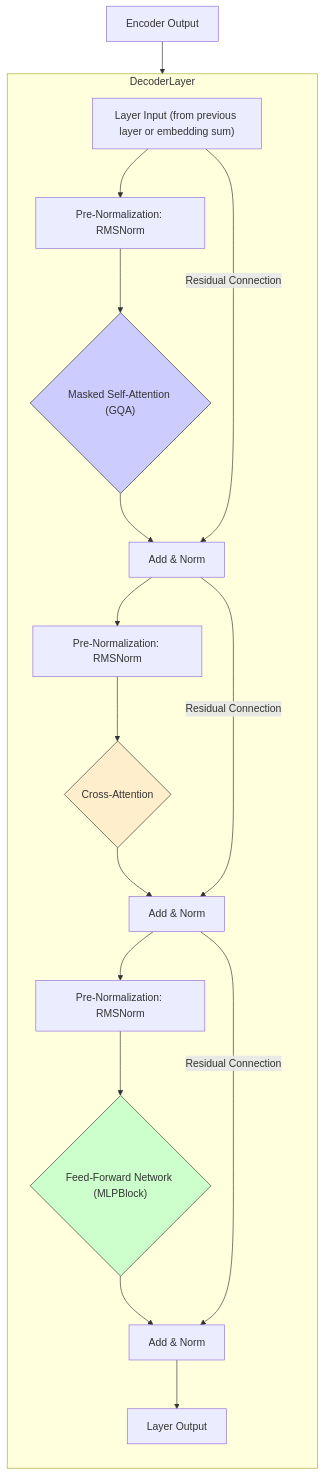
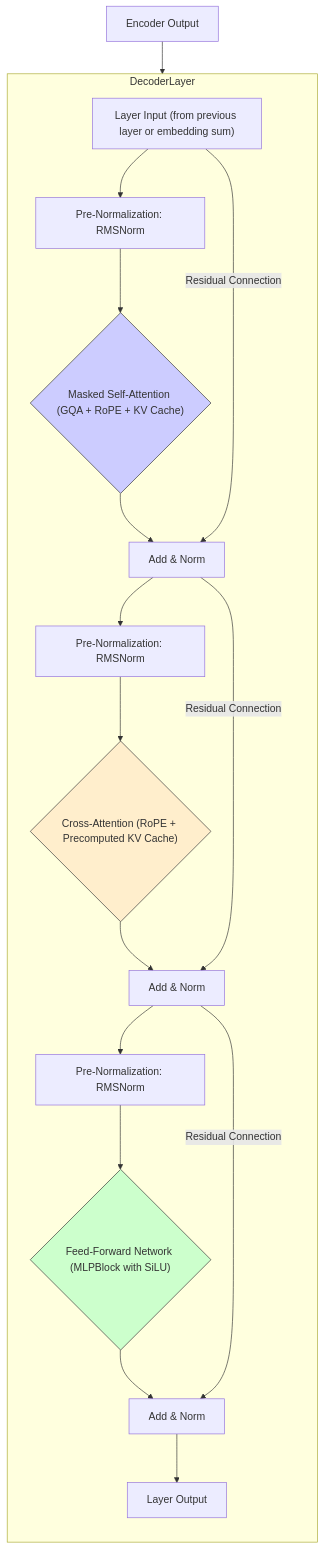
One commit to obinnaokechukwu/dia-explained changed the fourth of 7 diagrams in README.md. Above: the diagram before and after it, drawn with Mermaid. The commit also changed other lines of this file, not shown here.

````diff
--- a/README.md
+++ b/README.md
@@ -852,28 +725,27 @@
 ```mermaid
 graph TD
   subgraph "DecoderLayer"
     direction TB
     Input["Layer Input (from previous layer or embedding sum)"] --> Norm1["Pre-Normalization: RMSNorm"]
-    Norm1 --> SA{"Masked Self-Attention (GQA)"}
+    Norm1 --> SA{"Masked Self-Attention (GQA + RoPE + KV Cache)"}
     SA --> Add1["Add & Norm"]
     Input -- "Residual Connection" --> Add1
 
     Add1 --> Norm2["Pre-Normalization: RMSNorm"]
-    Norm2 --> CA{"Cross-Attention"}
+    Norm2 --> CA{"Cross-Attention (RoPE + Precomputed KV Cache)"}
     CA --> Add2["Add & Norm"]
     Add1 -- "Residual Connection" --> Add2
 
     Add2 --> Norm3["Pre-Normalization: RMSNorm"]
-    Norm3 --> MLP{"Feed-Forward Network (MLPBlock)"}
+    Norm3 --> MLP{"Feed-Forward Network (MLPBlock with SiLU)"}
     MLP --> Add3["Add & Norm"]
     Add2 -- "Residual Connection" --> Add3
     Add3 --> Output["Layer Output"]
   end
 
   EncOut["Encoder Output"] --> CA
 
   style SA fill:#ccf,stroke:#333
   style CA fill:#fec,stroke:#333
   style MLP fill:#cfc,stroke:#333
-
 ```
````
